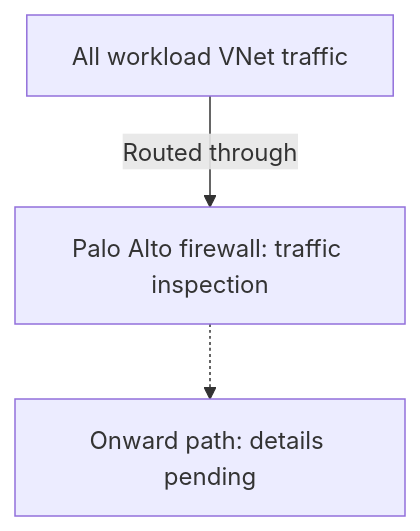
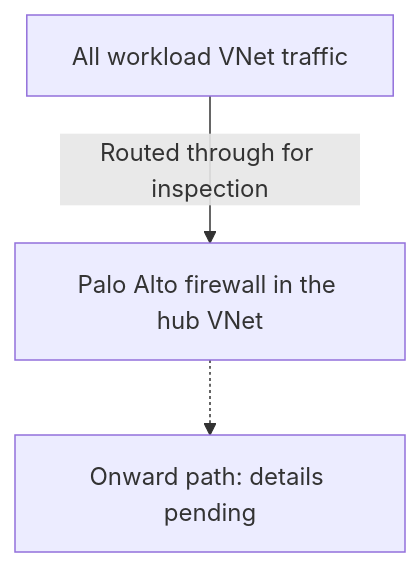
The second of 2 diagrams in architecture/hub-and-spoke-network.md (santosrodriguez/cloud-platform-documentation), drawn with Mermaid before and after one commit. The commit also changed other lines of this file and 5 other files, not shown here.

Commit message:
Document Virtual WAN and hub VNet topology

````diff
--- a/architecture/hub-and-spoke-network.md
+++ b/architecture/hub-and-spoke-network.md
@@ -36,5 +42,5 @@
 ```mermaid
 flowchart TD
-    workload["All workload VNet traffic"] -->|"Routed through"| firewall["Palo Alto firewall: traffic inspection"]
+    workload["All workload VNet traffic"] -->|"Routed through for inspection"| firewall["Palo Alto firewall in the hub VNet"]
     firewall -.-> onward["Onward path: details pending"]
 ```
````
